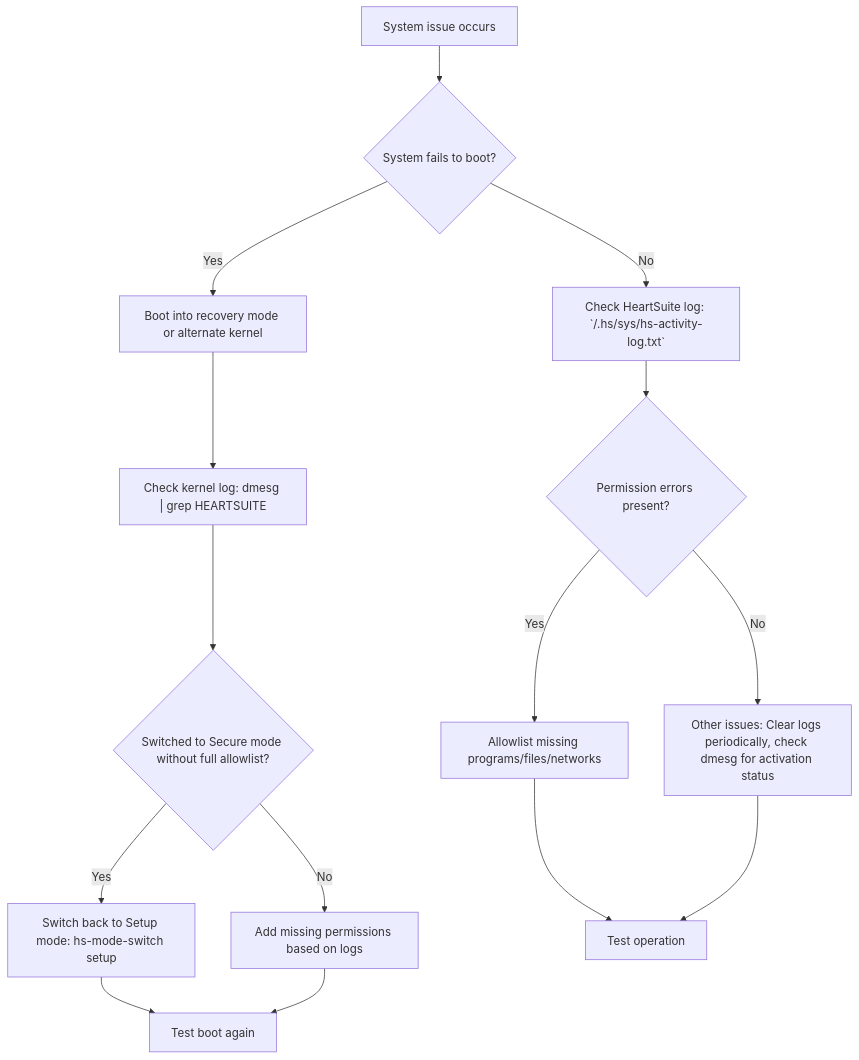
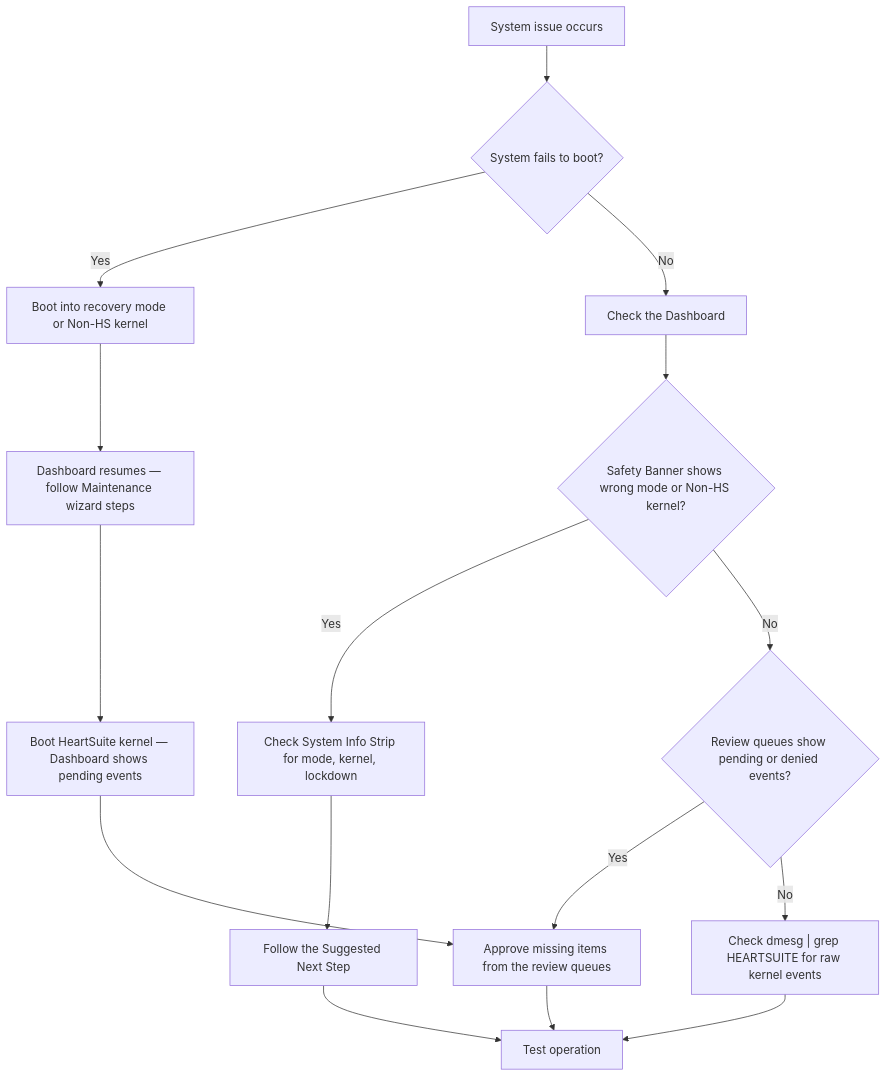
One commit to HeartSecuritySuite/heartsuite-docs changed the diagram in content/en/docs/troubleshooting/index.md. Above: the diagram before and after it, drawn with Mermaid. The commit also changed other lines of this file and 44 other files, not shown here.

````diff
--- a/content/en/docs/troubleshooting/index.md
+++ b/content/en/docs/troubleshooting/index.md
@@ -13,17 +13,18 @@
 ```mermaid
 graph TD;
     A[System issue occurs] --> B{System fails to boot?};
-    B -->|Yes| C[Boot into recovery mode or alternate kernel];
-    C --> D["Check kernel log: dmesg | grep HEARTSUITE"];
-    D --> E{Switched to Secure mode without full allowlist?};
-    E -->|Yes| F["Switch back to Setup mode: hs-mode-switch setup"];
-    E -->|No| G[Add missing permissions based on logs];
-    B -->|No| H["Check HeartSuite log: `/.hs/sys/hs-activity-log.txt`"];
-    H --> I{Permission errors present?};
-    I -->|Yes| J[Allowlist missing programs/files/networks];
-    I -->|No| K[Other issues: Clear logs periodically, check dmesg for activation status];
-    F --> L[Test boot again];
-    G --> L;
-    J --> M[Test operation];
-    K --> M;
+    B -->|Yes| C[Boot into recovery mode or Non-HS kernel];
+    C --> D["Dashboard resumes — follow Maintenance wizard steps"];
+    D --> E[Boot HeartSuite kernel — Dashboard shows pending events];
+    B -->|No| F[Check the Dashboard];
+    F --> G{Safety Banner shows wrong mode or Non-HS kernel?};
+    G -->|Yes| H[Check System Info Strip for mode, kernel, lockdown];
+    H --> I[Follow the Suggested Next Step];
+    G -->|No| J{Review queues show pending or denied events?};
+    J -->|Yes| K[Approve missing items from the review queues];
+    J -->|No| L["Check dmesg | grep HEARTSUITE for raw kernel events"];
+    E --> K;
+    K --> M[Test operation];
+    I --> M;
+    L --> M;
 ```
````
